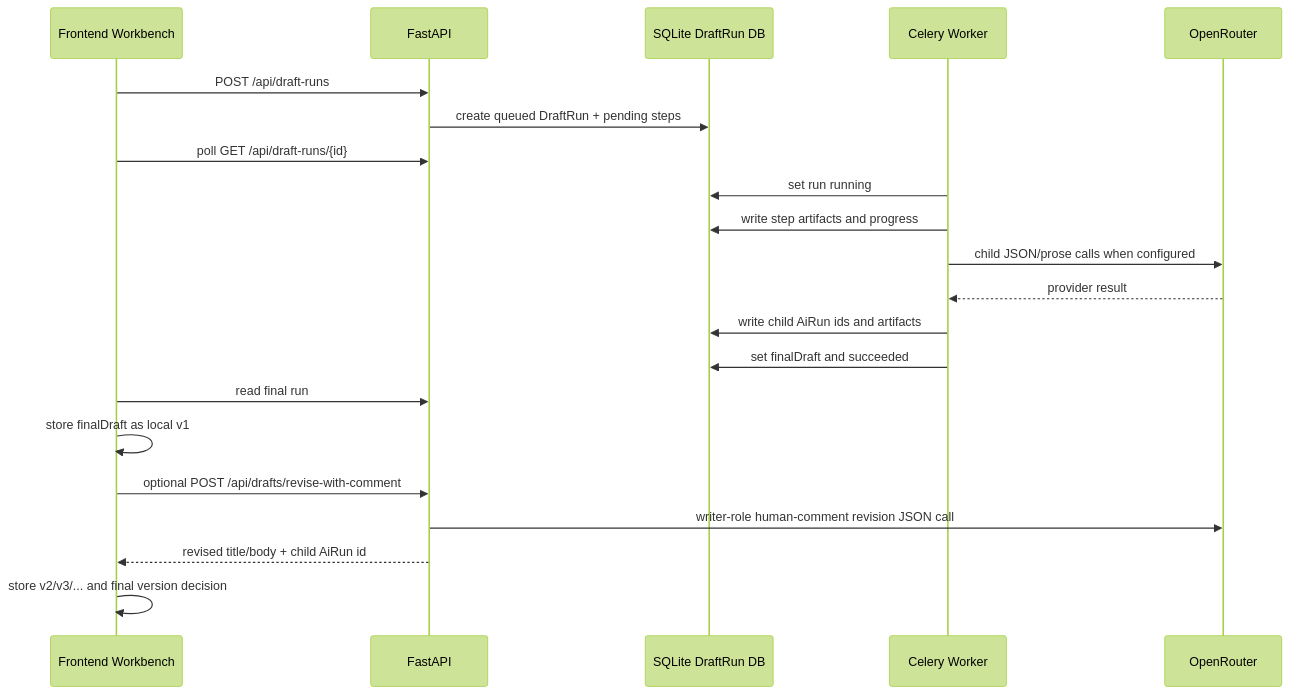
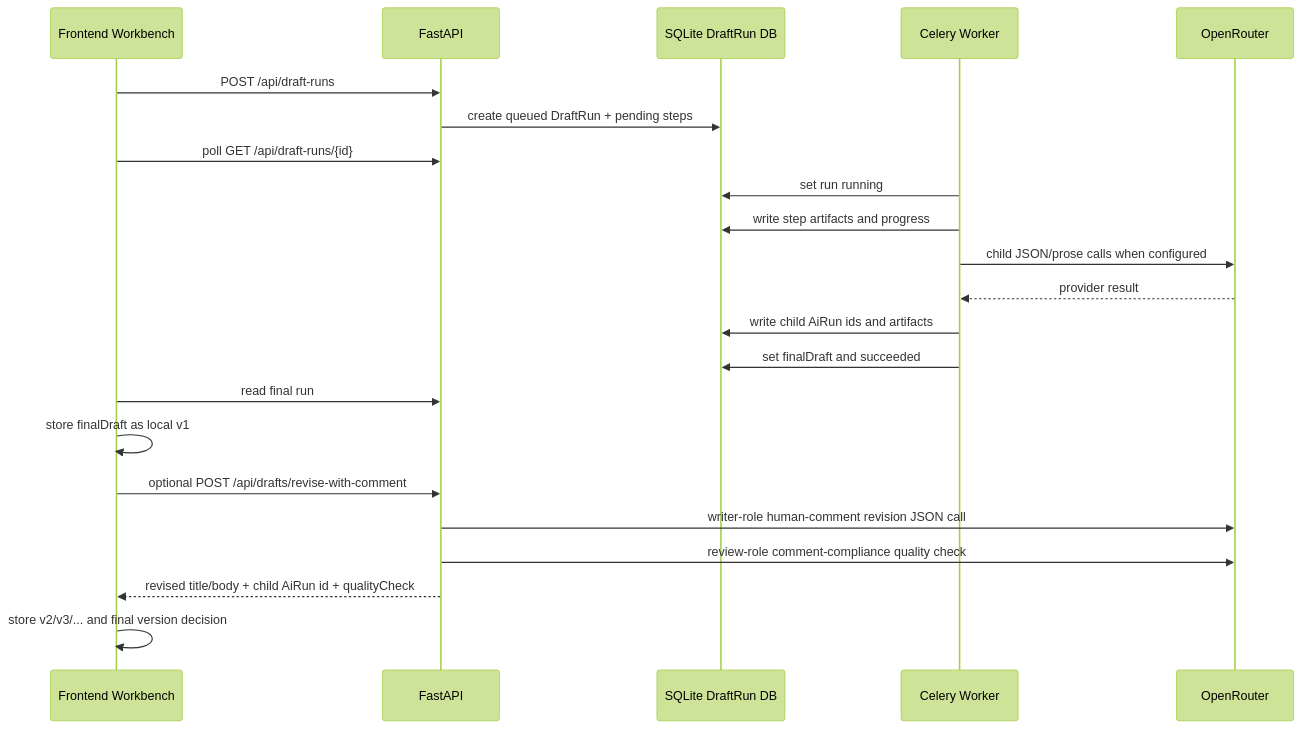
One commit to mudrezzz/glavred changed the first of 4 diagrams in docs/architecture/DRAFT_RUN_PIPELINE_AS_IS.md. Above: the diagram before and after it, drawn with Mermaid (forest theme). The commit also changed other lines of this file and 26 other files, not shown here.

````diff
--- a/docs/architecture/DRAFT_RUN_PIPELINE_AS_IS.md
+++ b/docs/architecture/DRAFT_RUN_PIPELINE_AS_IS.md
@@ -43,24 +44,25 @@
 ```mermaid
 sequenceDiagram
   participant UI as Frontend Workbench
   participant API as FastAPI
   participant DB as SQLite DraftRun DB
   participant Worker as Celery Worker
   participant OR as OpenRouter
 
   UI->>API: POST /api/draft-runs
   API->>DB: create queued DraftRun + pending steps
   UI->>API: poll GET /api/draft-runs/{id}
   Worker->>DB: set run running
   Worker->>DB: write step artifacts and progress
   Worker->>OR: child JSON/prose calls when configured
   OR-->>Worker: provider result
   Worker->>DB: write child AiRun ids and artifacts
   Worker->>DB: set finalDraft and succeeded
   UI->>API: read final run
   UI->>UI: store finalDraft as local v1
   UI->>API: optional POST /api/drafts/revise-with-comment
   API->>OR: writer-role human-comment revision JSON call
-  API-->>UI: revised title/body + child AiRun id
+  API->>OR: review-role comment-compliance quality check
+  API-->>UI: revised title/body + child AiRun id + qualityCheck
   UI->>UI: store v2/v3/... and final version decision
 ```
````
